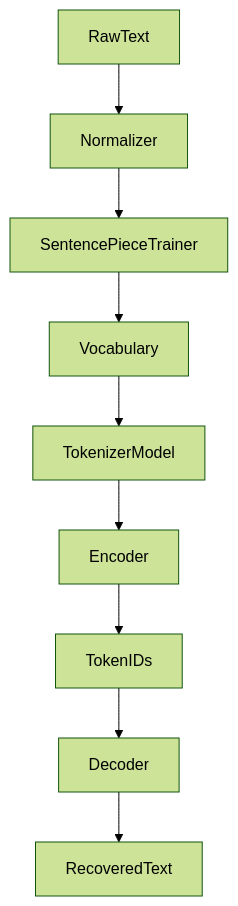
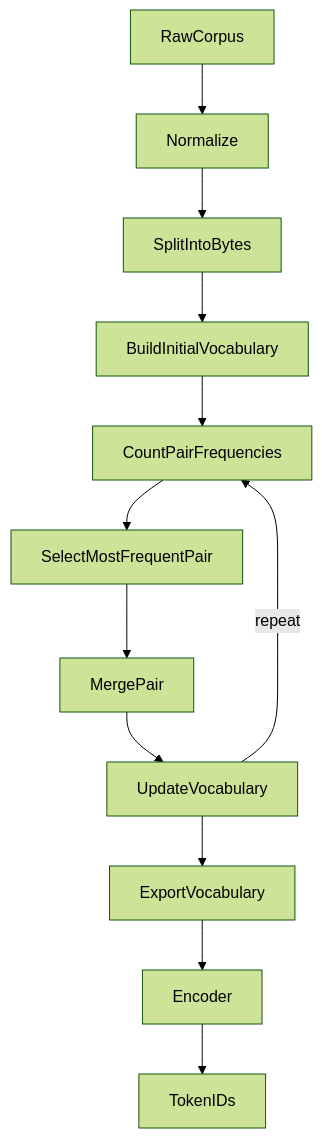
The diagram in README.md (404khai/odyssey), drawn with Mermaid (forest theme) before and after one commit. The commit also changed other lines of this file and 60 other files, not shown here.

Commit message:
feat(tokenizer): implement Odyssey Byte Pair Encoding tokenizer from first principles

````diff
--- a/README.md
+++ b/README.md
@@ -24,11 +27,14 @@
 ```mermaid
 flowchart TD
-    RawText --> Normalizer
-    Normalizer --> SentencePieceTrainer
-    SentencePieceTrainer --> Vocabulary
-    Vocabulary --> TokenizerModel
-    TokenizerModel --> Encoder
+    RawCorpus --> Normalize
+    Normalize --> SplitIntoBytes
+    SplitIntoBytes --> BuildInitialVocabulary
+    BuildInitialVocabulary --> CountPairFrequencies
+    CountPairFrequencies --> SelectMostFrequentPair
+    SelectMostFrequentPair --> MergePair
+    MergePair --> UpdateVocabulary
+    UpdateVocabulary -->|repeat| CountPairFrequencies
+    UpdateVocabulary --> ExportVocabulary
+    ExportVocabulary --> Encoder
     Encoder --> TokenIDs
-    TokenIDs --> Decoder
-    Decoder --> RecoveredText
 ```
````
